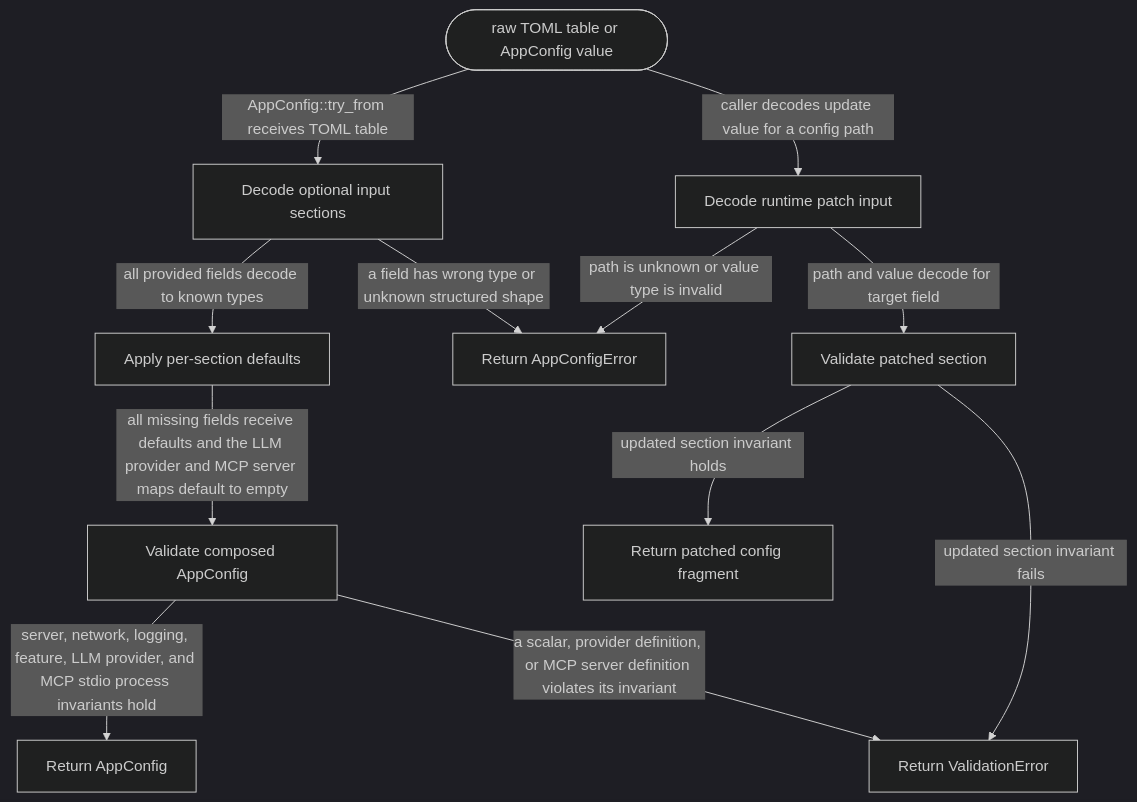
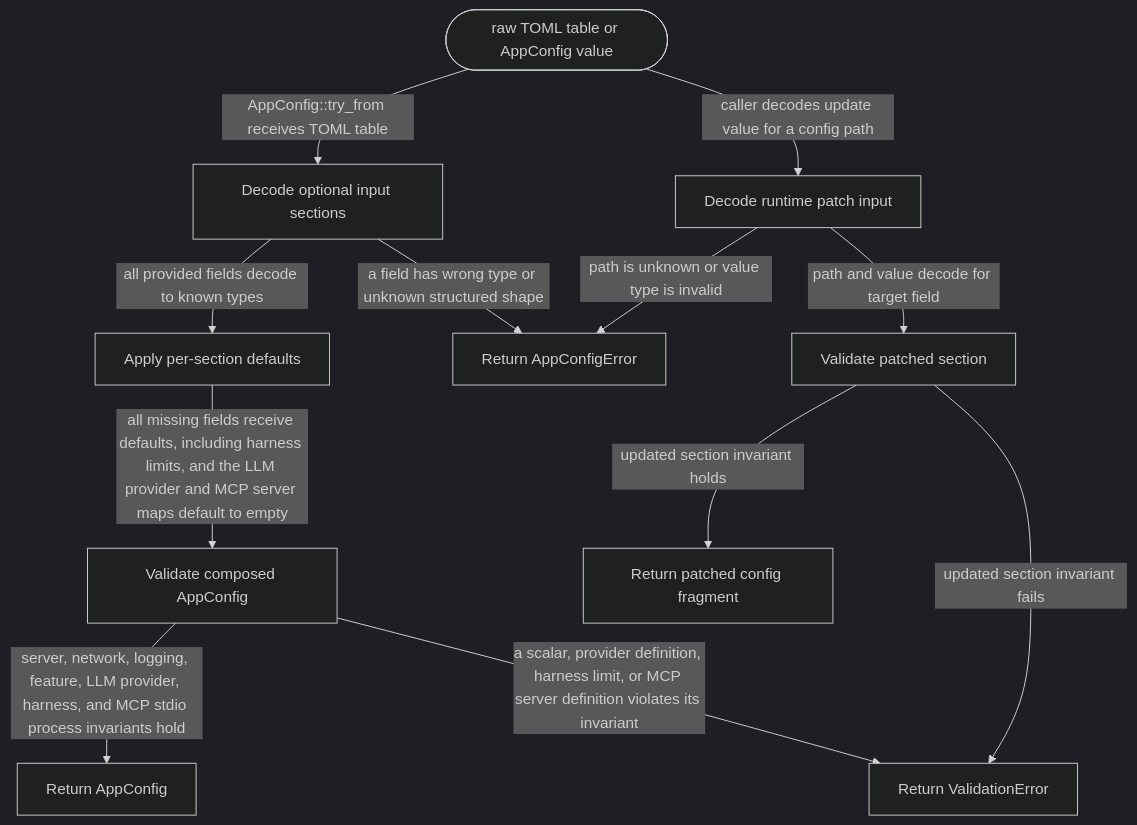
The diagram in crates/config-model/README.md (JiaJunDeng5930/Selvedge), drawn with Mermaid (dark theme) before and after one commit. The commit also changed other lines of this file and 26 other files, not shown here.

Commit message:
fix(harness): bound task fanout and mcp responses

````diff
--- a/crates/config-model/README.md
+++ b/crates/config-model/README.md
@@ -140,25 +145,25 @@
 ```mermaid
 flowchart TD
   Start([raw TOML table or AppConfig value])
   Decode[Decode optional input sections]
   Defaults[Apply per-section defaults]
   Validate[Validate composed AppConfig]
   Ready[Return AppConfig]
   DecodeError[Return AppConfigError]
   ValidationError[Return ValidationError]
   PatchInput[Decode runtime patch input]
   PatchValidate[Validate patched section]
   PatchReady[Return patched config fragment]
 
   Start -->|AppConfig::try_from receives TOML table| Decode
   Decode -->|all provided fields decode to known types| Defaults
   Decode -->|a field has wrong type or unknown structured shape| DecodeError
-  Defaults -->|all missing fields receive defaults and the LLM provider and MCP server maps default to empty| Validate
-  Validate -->|server, network, logging, feature, LLM provider, and MCP stdio process invariants hold| Ready
-  Validate -->|a scalar, provider definition, or MCP server definition violates its invariant| ValidationError
+  Defaults -->|all missing fields receive defaults, including harness limits, and the LLM provider and MCP server maps default to empty| Validate
+  Validate -->|server, network, logging, feature, LLM provider, harness, and MCP stdio process invariants hold| Ready
+  Validate -->|a scalar, provider definition, harness limit, or MCP server definition violates its invariant| ValidationError
   Start -->|caller decodes update value for a config path| PatchInput
   PatchInput -->|path and value decode for target field| PatchValidate
   PatchInput -->|path is unknown or value type is invalid| DecodeError
   PatchValidate -->|updated section invariant holds| PatchReady
   PatchValidate -->|updated section invariant fails| ValidationError
 ```
````
